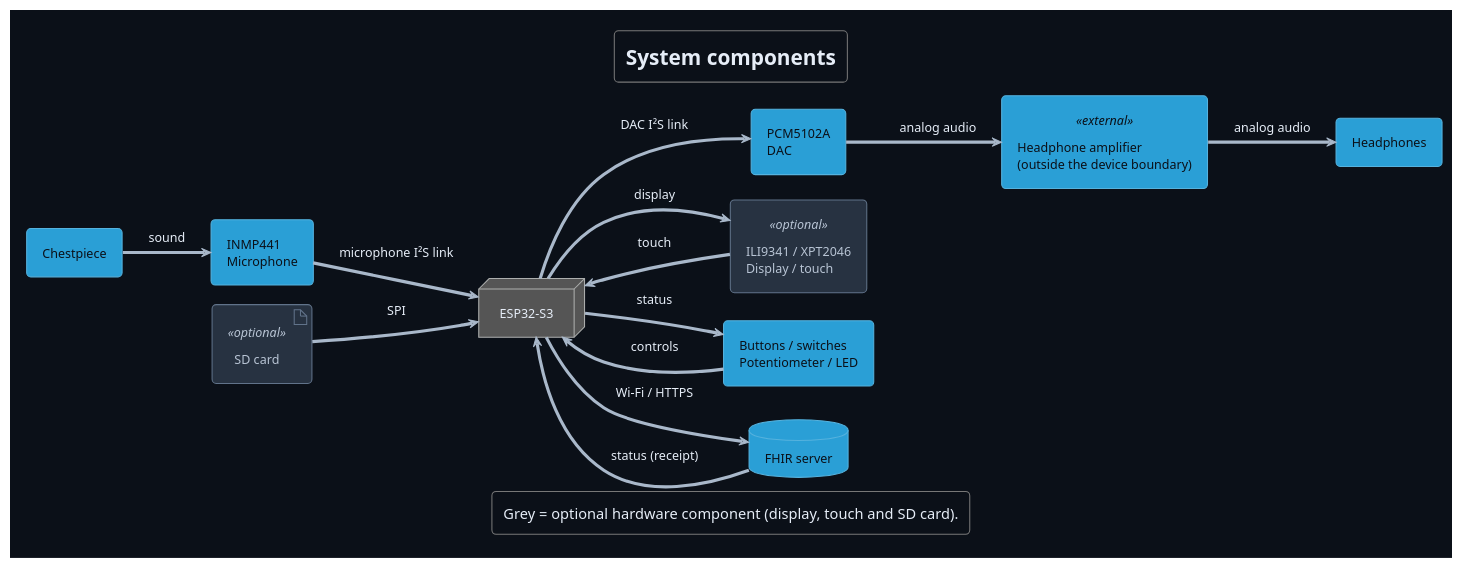
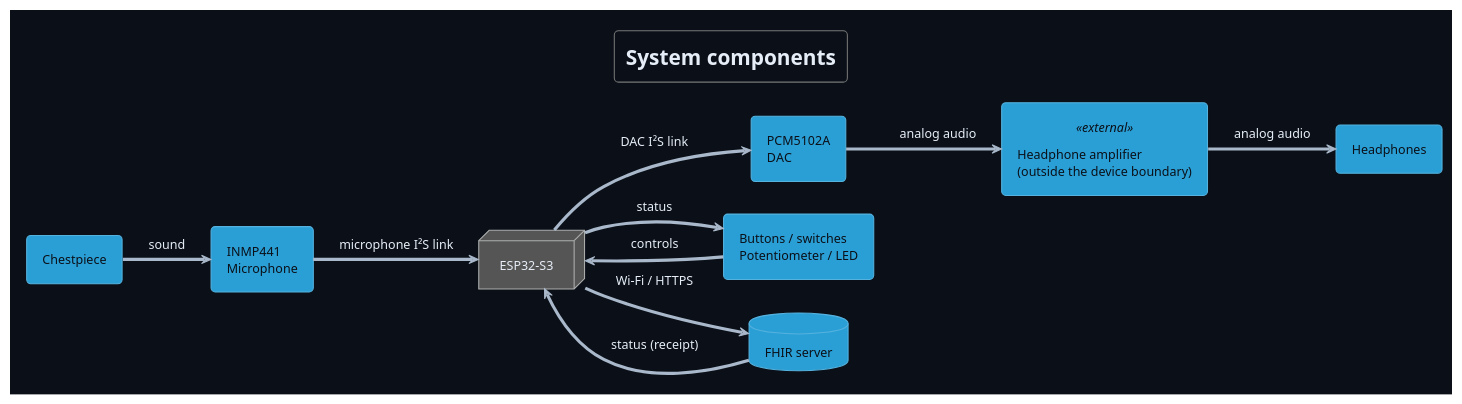
The diagram in Development/system/architecture/system/puml/system-components.puml (DemonicPsychoII/DigitalStethoscope), drawn with PlantUML before and after one commit. The commit also changed 24 other files, not shown here.

First line of the commit message:
documentation: remove the functions outside the product from the architecture views

```diff
--- a/Development/system/architecture/system/puml/system-components.puml
+++ b/Development/system/architecture/system/puml/system-components.puml
@@ -1,51 +1,43 @@
 @startuml system_components
 !theme cyborg
 !pragma layout smetana
 skinparam shadowing false
 skinparam backgroundColor #0b1018
 skinparam defaultFontColor #e6edf7
 skinparam ArrowColor #a9b8ca
 skinparam database {
  FontColor #0b1018
 }
 skinparam component {
  FontColor #0b1018
  BackgroundColor<<optional>> #273241
  BorderColor<<optional>> #61738a
  FontColor<<optional>> #b8c4d4
 }
 skinparam artifact {
  BackgroundColor<<optional>> #273241
  BorderColor<<optional>> #61738a
  FontColor<<optional>> #b8c4d4
 }
 skinparam componentStyle rectangle
 skinparam defaultFontName SansSerif
 title System components
 left to right direction
 component "Chestpiece" as chest
 component "INMP441\nMicrophone" as mic
 node "ESP32-S3" as cpu
 component "PCM5102A\nDAC" as dac
 component "Headphone amplifier\n(outside the device boundary)" as amp <<external>>
 component "Headphones" as hp
-component "ILI9341 / XPT2046\nDisplay / touch" as ui <<optional>>
 component "Buttons / switches\nPotentiometer / LED" as controls
-artifact "SD card" as sd <<optional>>
 database "FHIR server" as server
 chest --> mic : sound
 mic --> cpu : microphone I²S link
 cpu --> dac : DAC I²S link
 dac --> amp : analog audio
 amp --> hp : analog audio
 controls --> cpu : controls
 cpu --> controls : status
-ui --> cpu : touch
-cpu --> ui : display
-sd --> cpu : SPI
 cpu --> server : Wi-Fi / HTTPS
 server --> cpu : status (receipt)
-legend bottom
-  Grey = optional hardware component (display, touch and SD card).
-endlegend
 @enduml
```
